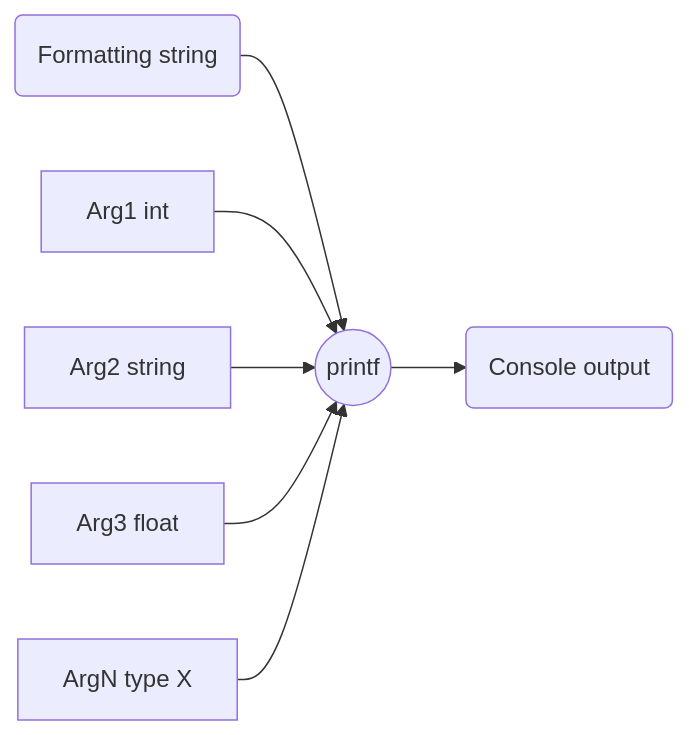
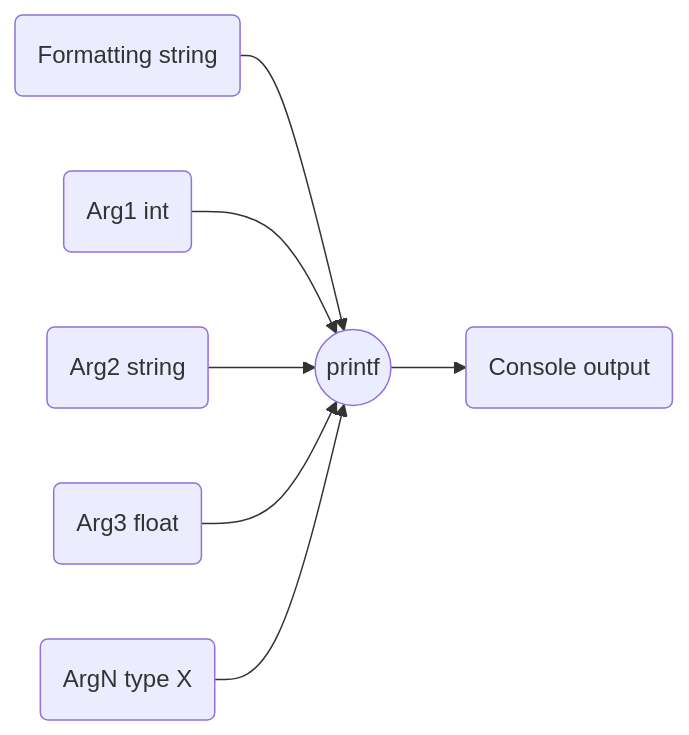
One commit to elsaaeid/printf changed the diagram in README.md. Above: the diagram before and after it, drawn with Mermaid.

````diff
--- a/README.md
+++ b/README.md
@@ -8,8 +8,8 @@
 ```mermaid
 graph LR
 A(Formatting string)  --> B((printf)) --> C(Console output)
-D[Arg1  int] --> B
-E[Arg2 string] --> B
-F[Arg3  float] --> B
-G[ArgN type X] --> B
+D(Arg1  int) --> B
+E(Arg2 string) --> B
+F(Arg3  float) --> B
+G(ArgN type X) --> B
 ```
````
